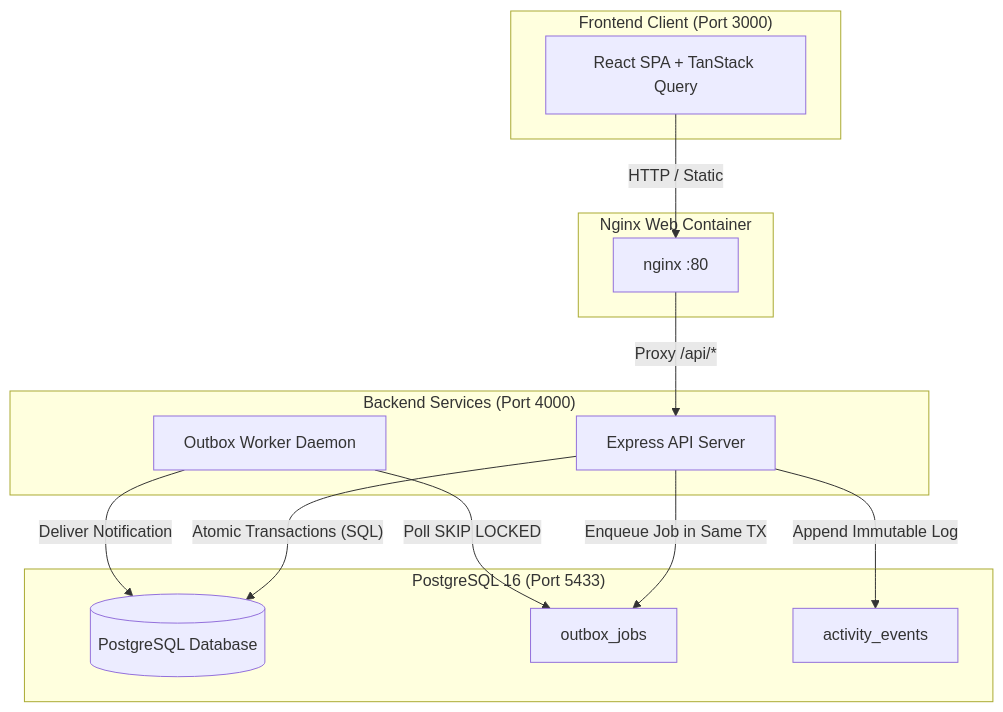
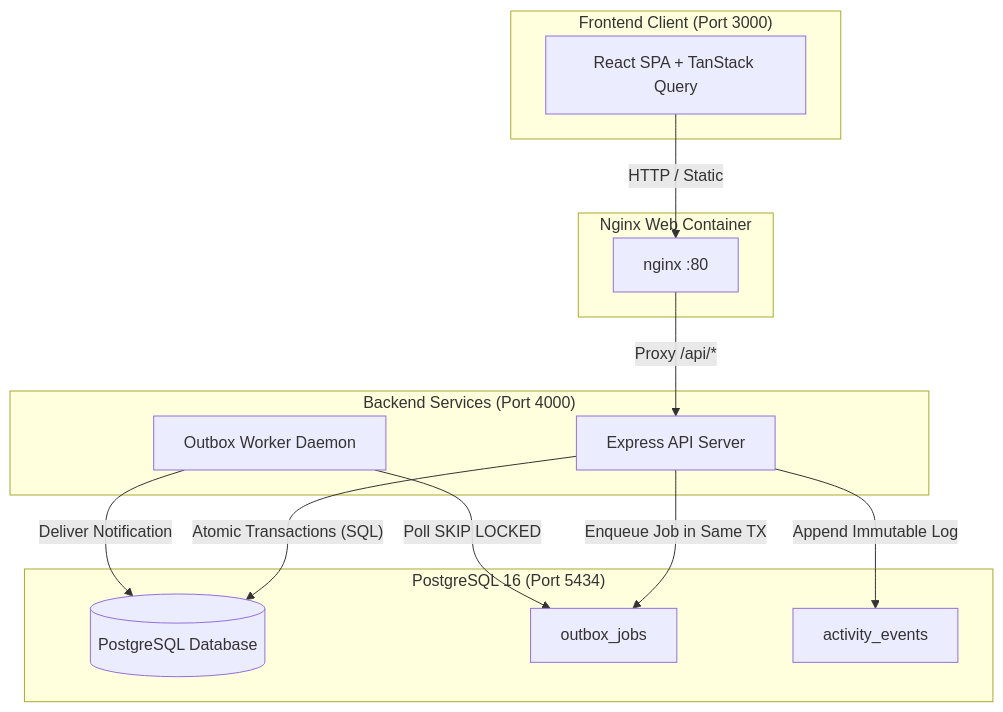
Before and after one commit to anmol520/newtonite-ops--2300971530027-: the first of 3 diagrams in README.md, drawn with Mermaid. The commit also changed other lines of this file and 7 other files, not shown here.

````diff
--- a/README.md
+++ b/README.md
@@ -109,29 +109,29 @@
 ```mermaid
 flowchart TD
     subgraph Client["Frontend Client (Port 3000)"]
         UI["React SPA + TanStack Query"]
     end
 
     subgraph ReverseProxy["Nginx Web Container"]
         Nginx["nginx :80"]
     end
 
     subgraph Application["Backend Services (Port 4000)"]
         API["Express API Server"]
         Worker["Outbox Worker Daemon"]
     end
 
-    subgraph Persistence["PostgreSQL 16 (Port 5433)"]
+    subgraph Persistence["PostgreSQL 16 (Port 5434)"]
         DB[(PostgreSQL Database)]
         OutboxTable["outbox_jobs"]
         EventsTable["activity_events"]
     end
 
     UI -->|"HTTP / Static"| Nginx
     Nginx -->|"Proxy /api/*"| API
     API -->|"Atomic Transactions (SQL)"| DB
     API -->|"Enqueue Job in Same TX"| OutboxTable
     API -->|"Append Immutable Log"| EventsTable
     Worker -->|"Poll SKIP LOCKED"| OutboxTable
     Worker -->|"Deliver Notification"| DB
 ```
````
